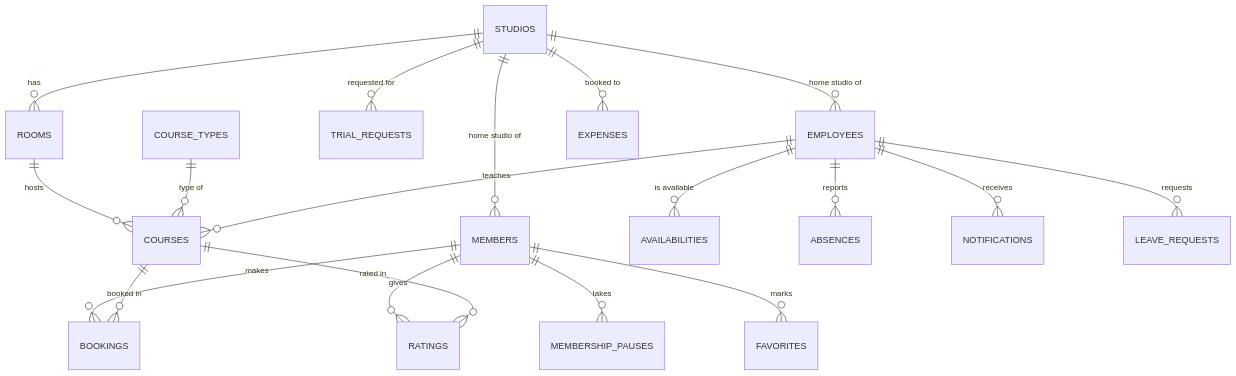
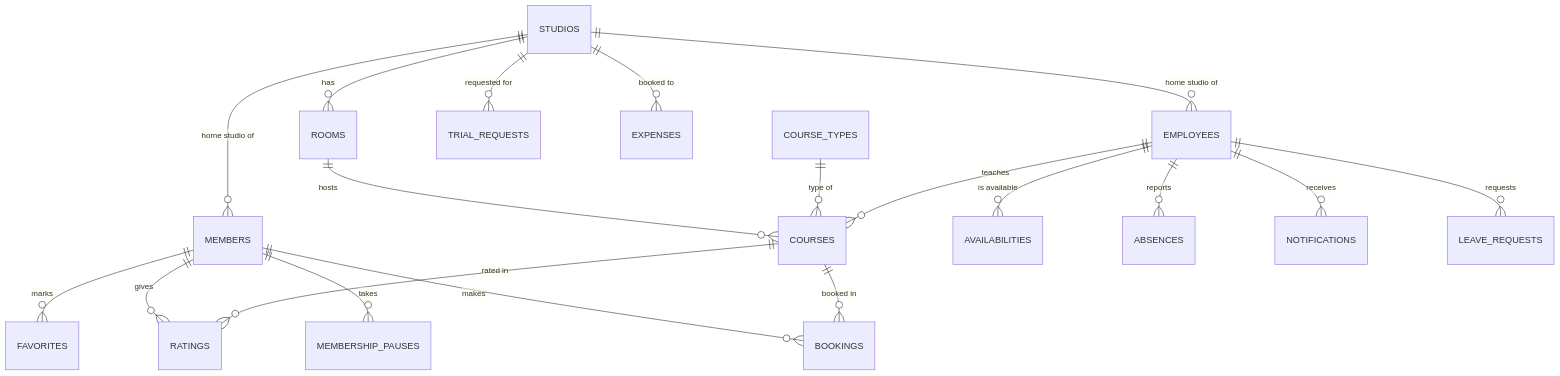
The second of 2 diagrams in README.md (toumiamine12/Fit-Aktiv), drawn with Mermaid before and after one commit. The commit also changed other lines of this file and 1 other file, not shown here.

````diff
--- a/README.md
+++ b/README.md
@@ -255,21 +118,21 @@
 ```mermaid
 erDiagram
     STUDIOS ||--o{ ROOMS : has
     STUDIOS ||--o{ EMPLOYEES : "home studio of"
     STUDIOS ||--o{ MEMBERS : "home studio of"
     STUDIOS ||--o{ TRIAL_REQUESTS : "requested for"
+    STUDIOS ||--o{ EXPENSES : "booked to"
     ROOMS ||--o{ COURSES : hosts
     COURSE_TYPES ||--o{ COURSES : "type of"
     EMPLOYEES ||--o{ COURSES : teaches
     EMPLOYEES ||--o{ AVAILABILITIES : "is available"
-    EMPLOYEES ||--o{ ABSENCES : "reports"
+    EMPLOYEES ||--o{ ABSENCES : reports
     EMPLOYEES ||--o{ NOTIFICATIONS : receives
     EMPLOYEES ||--o{ LEAVE_REQUESTS : requests
-    STUDIOS ||--o{ EXPENSES : "booked to"
     MEMBERS ||--o{ BOOKINGS : makes
     MEMBERS ||--o{ MEMBERSHIP_PAUSES : takes
     MEMBERS ||--o{ FAVORITES : marks
     MEMBERS ||--o{ RATINGS : gives
     COURSES ||--o{ BOOKINGS : "booked in"
     COURSES ||--o{ RATINGS : "rated in"
 ```
````
